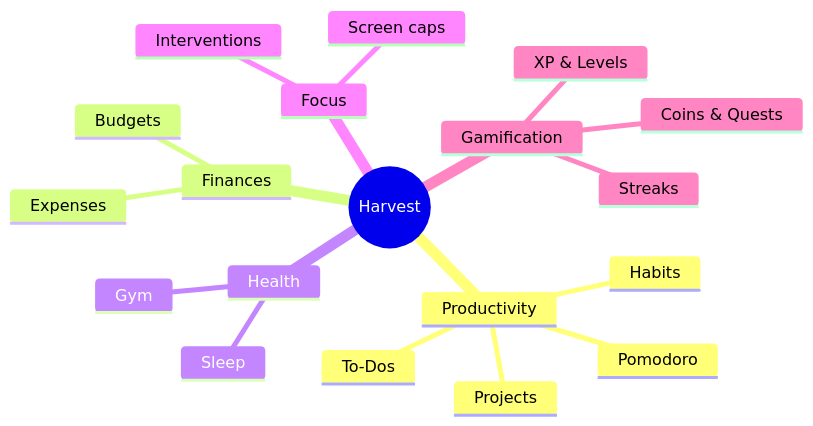
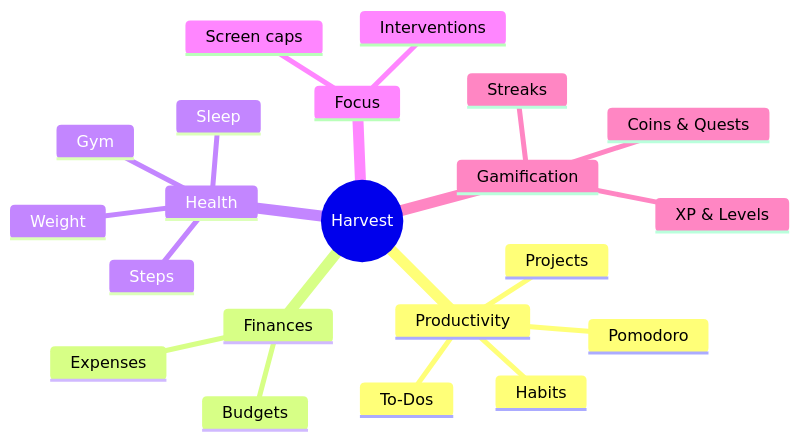
The diagram in docs/Home.md (ABakdi/Harvest), drawn with Mermaid before and after one commit. The commit also changed other lines of this file and 11 other files, not shown here.

First line of the commit message:
docs: specify the gym, steps and body weight for phase 4

````diff
--- a/docs/Home.md
+++ b/docs/Home.md
@@ -70,22 +72,24 @@
 ```mermaid
 mindmap
   root((Harvest))
     Productivity
       Habits
       Projects
       To-Dos
       Pomodoro
     Finances
       Expenses
       Budgets
     Health
       Sleep
+      Steps
+      Weight
       Gym
     Focus
       Screen caps
       Interventions
     Gamification
       Streaks
       XP & Levels
       Coins & Quests
 ```
````
